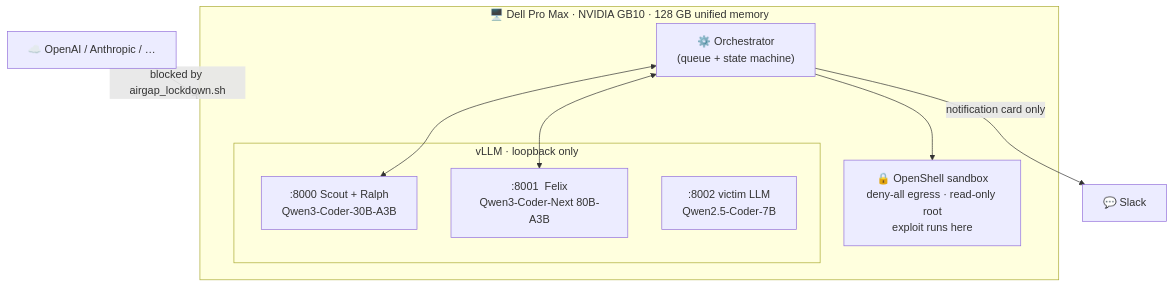
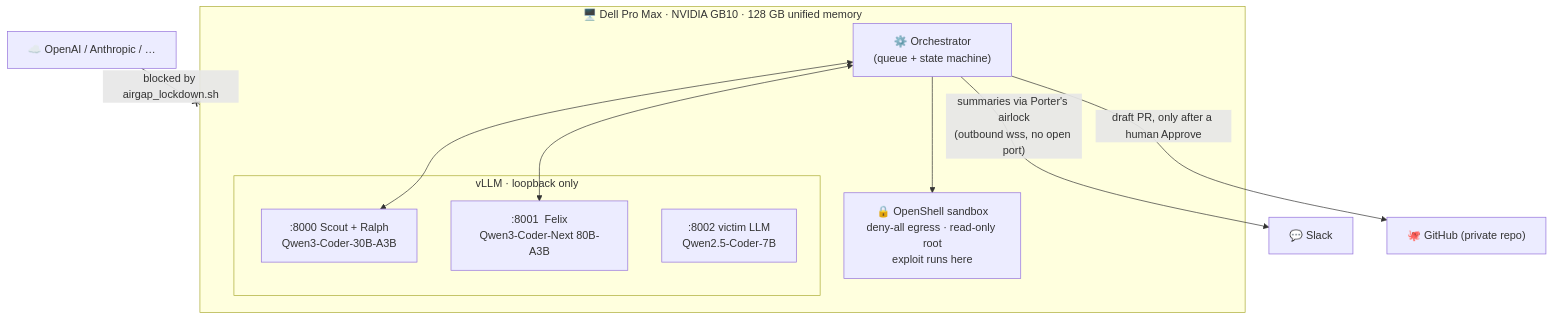
Before and after one commit to djang-c/WreckLess-Cyber-Security: the third of 6 diagrams in README.md, drawn with Mermaid. The commit also changed other lines of this file and 3 other files, not shown here.

````diff
--- a/README.md
+++ b/README.md
@@ -63,16 +63,17 @@
 ```mermaid
 flowchart TB
     subgraph GB10["🖥️ Dell Pro Max · NVIDIA GB10 · 128 GB unified memory"]
         O["⚙️ Orchestrator<br/>(queue + state machine)"]
         subgraph V["vLLM · loopback only"]
             S0[":8000  Scout + Ralph<br/>Qwen3-Coder-30B-A3B"]
             S1[":8001  Felix<br/>Qwen3-Coder-Next 80B-A3B"]
             S2[":8002  victim LLM<br/>Qwen2.5-Coder-7B"]
         end
         SB["🔒 OpenShell sandbox<br/>deny-all egress · read-only root<br/>exploit runs here"]
         O <--> S0 & S1
         O --> SB
     end
-    O -- "notification card only" --> SL["💬 Slack"]
+    O -- "summaries via Porter's airlock<br/>(outbound wss, no open port)" --> SL["💬 Slack"]
+    O -- "draft PR, only after a human Approve" --> GH["🐙 GitHub (private repo)"]
     CL["☁️ OpenAI / Anthropic / …"] --x|"blocked by airgap_lockdown.sh"| GB10
 ```
````
